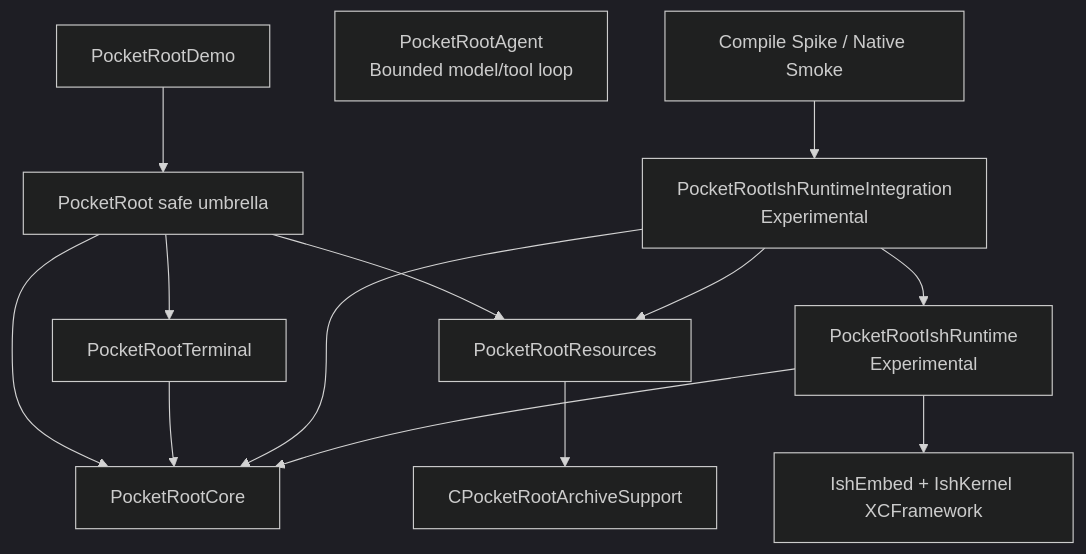
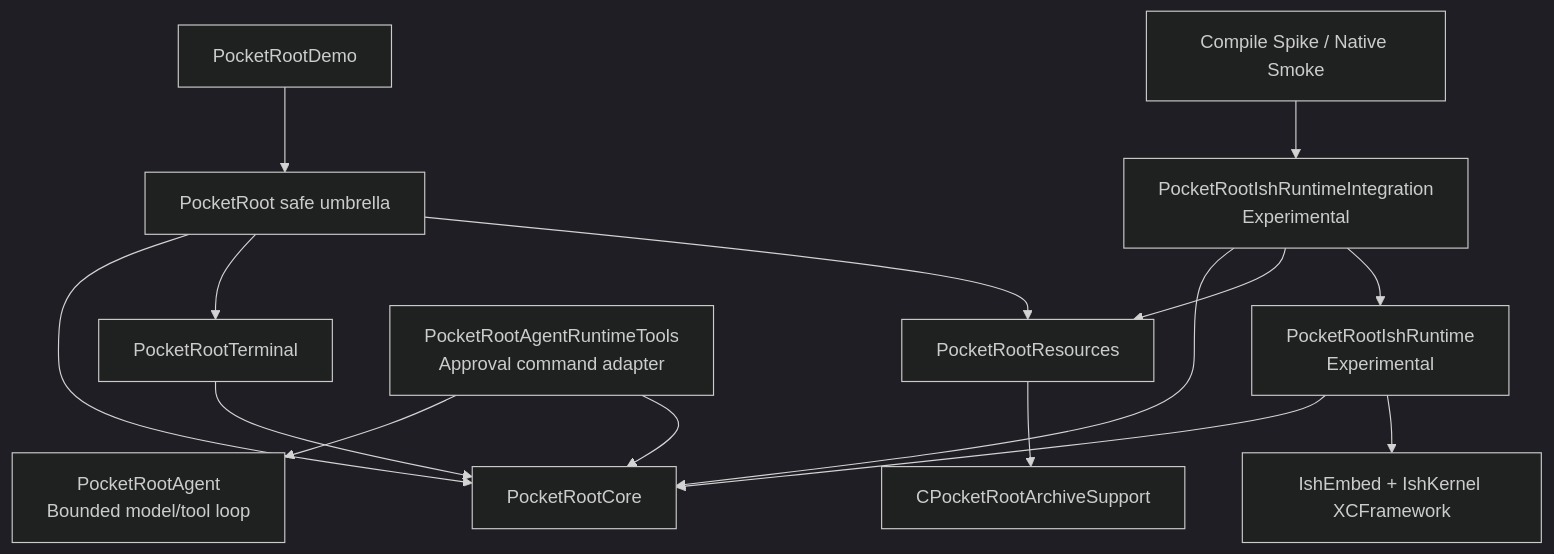
One commit to jacklv-coder/PocketRoot changed the first of 3 diagrams in Docs/en/Architecture.md. Above: the diagram before and after it, drawn with Mermaid (dark theme). The commit also changed other lines of this file and 26 other files, not shown here.

Commit message:
feat: add approval-gated Linux command tool (#5)

````diff
--- a/Docs/en/Architecture.md
+++ b/Docs/en/Architecture.md
@@ -26,16 +26,18 @@
 ```mermaid
 flowchart TB
     Demo["PocketRootDemo"] --> Umbrella["PocketRoot safe umbrella"]
     Umbrella --> Core["PocketRootCore"]
     Umbrella --> Terminal["PocketRootTerminal"]
     Umbrella --> Resources["PocketRootResources"]
     Terminal --> Core
     Resources --> Archive["CPocketRootArchiveSupport"]
     Agent["PocketRootAgent<br/>Bounded model/tool loop"]
+    AgentTools["PocketRootAgentRuntimeTools<br/>Approval command adapter"] --> Agent
+    AgentTools --> Core
     Integration["PocketRootIshRuntimeIntegration<br/>Experimental"] --> Core
     Integration --> Resources
     Integration --> Runtime["PocketRootIshRuntime<br/>Experimental"]
     Runtime --> Core
     Runtime --> IshEmbed["IshEmbed + IshKernel XCFramework"]
     Smoke["Compile Spike / Native Smoke"] --> Integration
 ```
````
